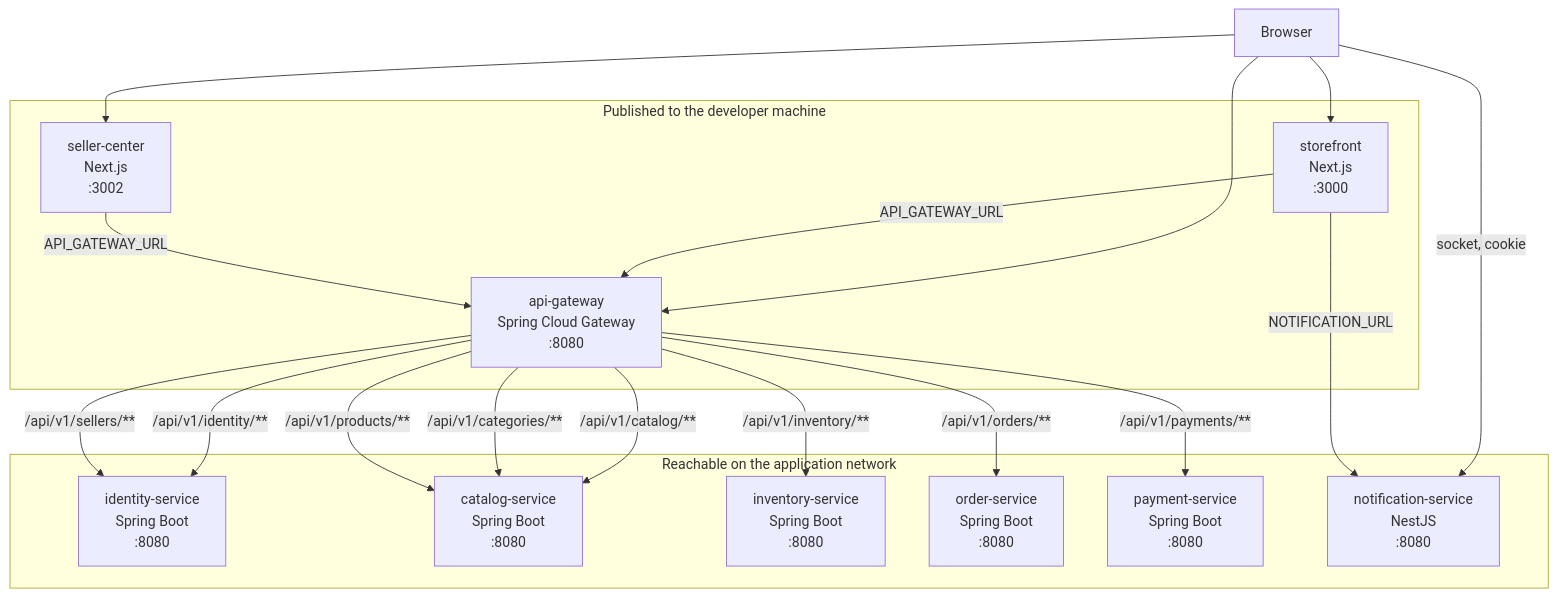
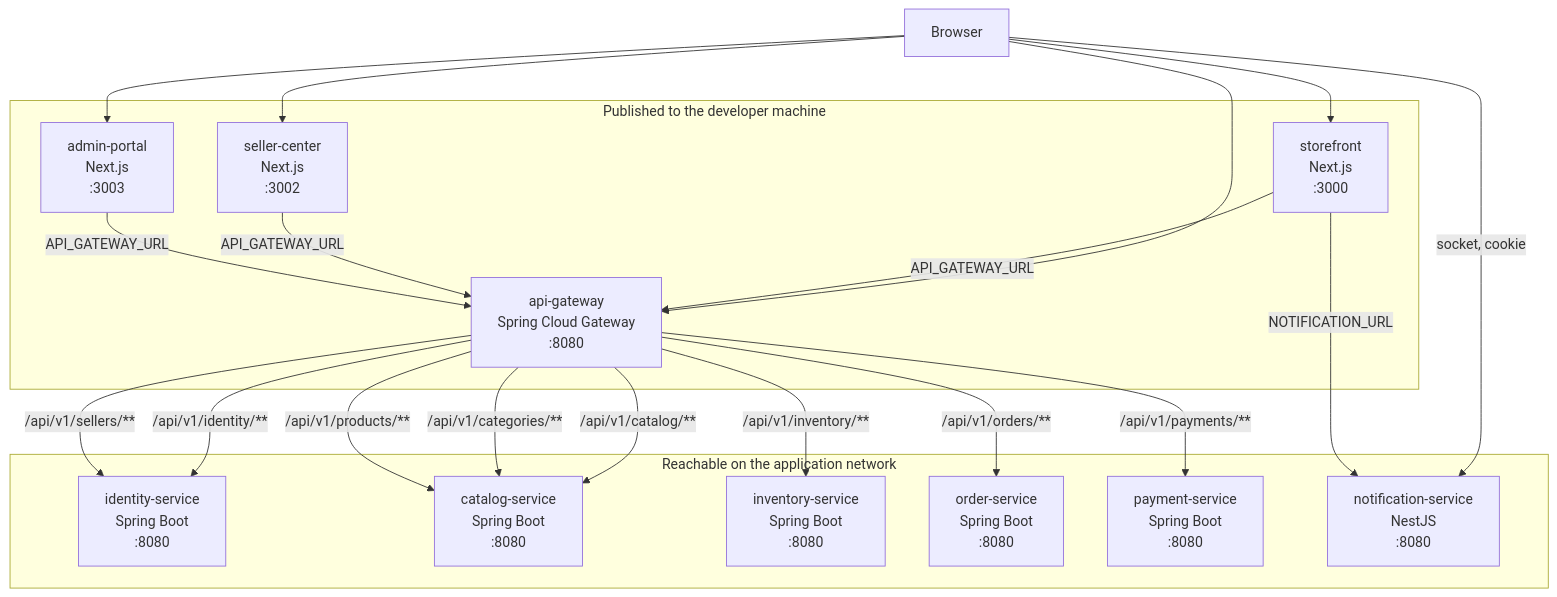
One commit to lecongnhat247/bazaar changed the diagram in docs/architecture/container-diagram.md. Above: the diagram before and after it, drawn with Mermaid. The commit also changed 98 other files, not shown here.

````diff
--- a/docs/architecture/container-diagram.md
+++ b/docs/architecture/container-diagram.md
@@ -5,35 +5,38 @@
 ```mermaid
 flowchart TB
   browser[Browser]
 
   subgraph clientHost [Published to the developer machine]
     storefront["storefront<br/>Next.js<br/>:3000"]
     sellerCenter["seller-center<br/>Next.js<br/>:3002"]
+    adminPortal["admin-portal<br/>Next.js<br/>:3003"]
     gateway["api-gateway<br/>Spring Cloud Gateway<br/>:8080"]
   end
 
   subgraph internal [Reachable on the application network]
     identity["identity-service<br/>Spring Boot<br/>:8080"]
     catalog["catalog-service<br/>Spring Boot<br/>:8080"]
     inventory["inventory-service<br/>Spring Boot<br/>:8080"]
     orders["order-service<br/>Spring Boot<br/>:8080"]
     payments["payment-service<br/>Spring Boot<br/>:8080"]
     notify["notification-service<br/>NestJS<br/>:8080"]
   end
 
   browser --> storefront
   browser --> sellerCenter
+  browser --> adminPortal
   browser --> gateway
   browser -->|socket, cookie| notify
   storefront -->|API_GATEWAY_URL| gateway
   sellerCenter -->|API_GATEWAY_URL| gateway
+  adminPortal -->|API_GATEWAY_URL| gateway
   storefront -->|NOTIFICATION_URL| notify
   gateway -->|/api/v1/identity/**| identity
   gateway -->|/api/v1/sellers/**| identity
   gateway -->|/api/v1/catalog/**| catalog
   gateway -->|/api/v1/categories/**| catalog
   gateway -->|/api/v1/products/**| catalog
   gateway -->|/api/v1/inventory/**| inventory
   gateway -->|/api/v1/orders/**| orders
   gateway -->|/api/v1/payments/**| payments
 ```
````
